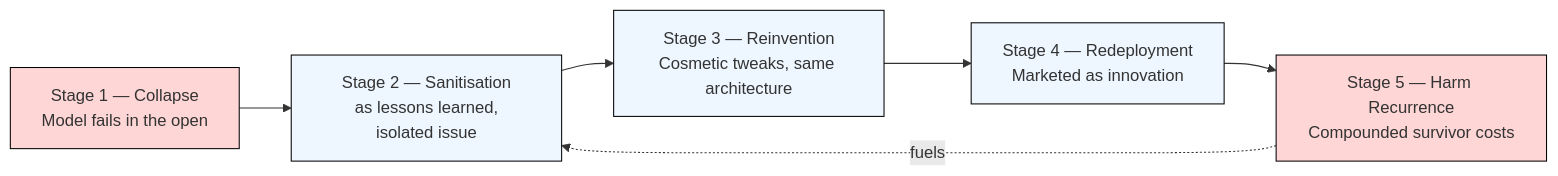
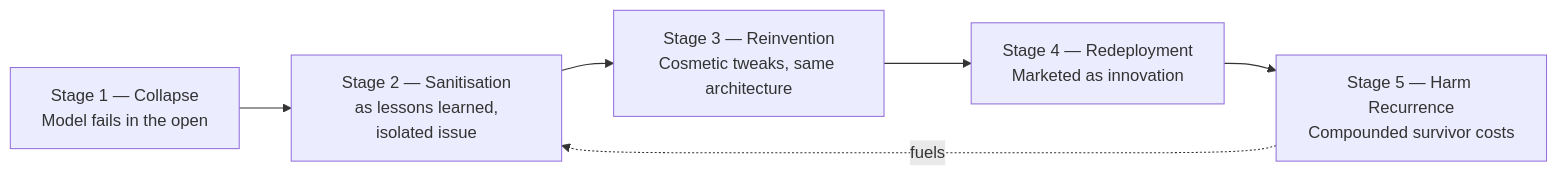
The first of 3 diagrams in Disruption_Kit/Big_Picture_Protocols/🌀_System_Governance/🧪_failure_recycling.md (josefsbreakfast/Polaris-Protocol), drawn with Mermaid before and after one commit. The commit also changed other lines of this file, not shown here.

````diff
--- a/Disruption_Kit/Big_Picture_Protocols/🌀_System_Governance/🧪_failure_recycling.md
+++ b/Disruption_Kit/Big_Picture_Protocols/🌀_System_Governance/🧪_failure_recycling.md
@@ -37,11 +37,9 @@
 ```mermaid
 flowchart LR
     A[Stage 1 — Collapse<br/>Model fails in the open] --> B[Stage 2 — Sanitisation<br/> as lessons learned, isolated issue]
     B --> C[Stage 3 — Reinvention<br/>Cosmetic tweaks, same architecture]
     C --> D[Stage 4 — Redeployment<br/>Marketed as innovation]
     D --> E[Stage 5 — Harm Recurrence<br/>Compounded survivor costs]
     E -. fuels .-> B
-    classDef hot fill:#ffd6d6,stroke:#000,stroke-width:1px;
-    classDef cool fill:#eef6ff,stroke:#000,stroke-width:1px;
-    class A,E hot; class B,C,D cool;
+    
 ```
````
